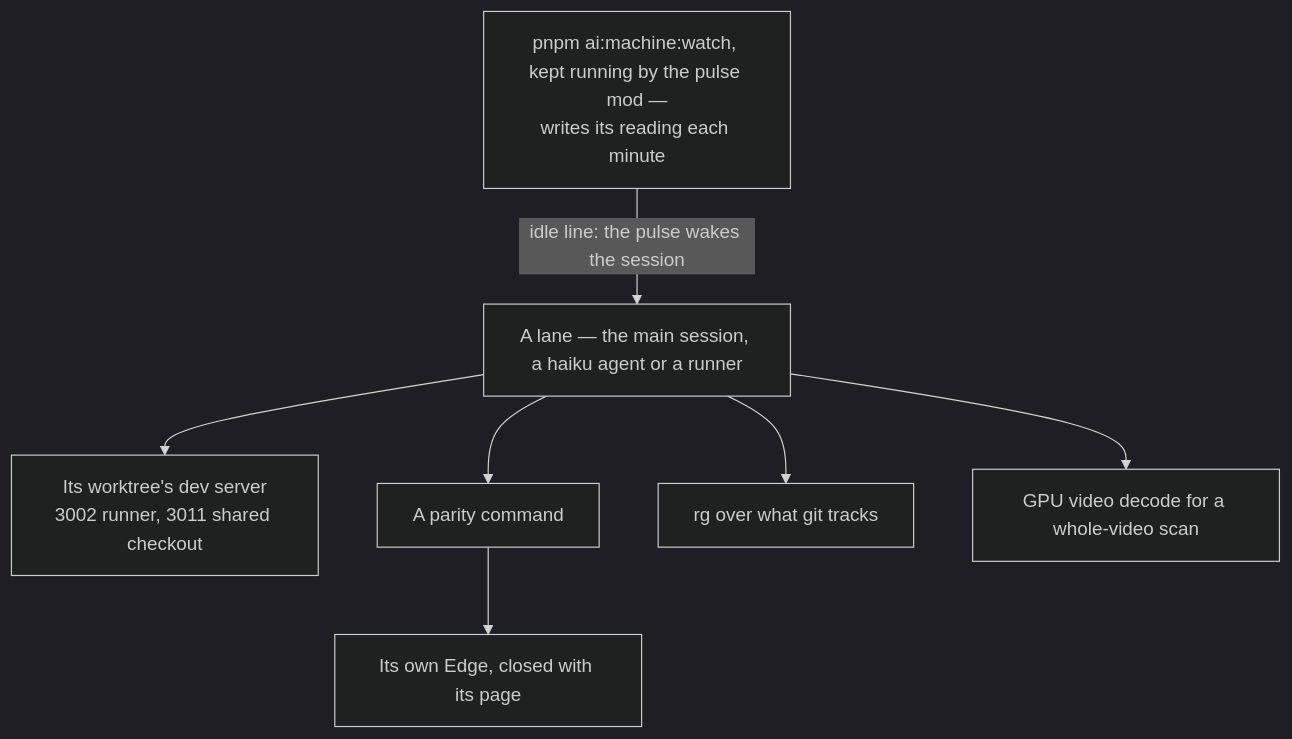
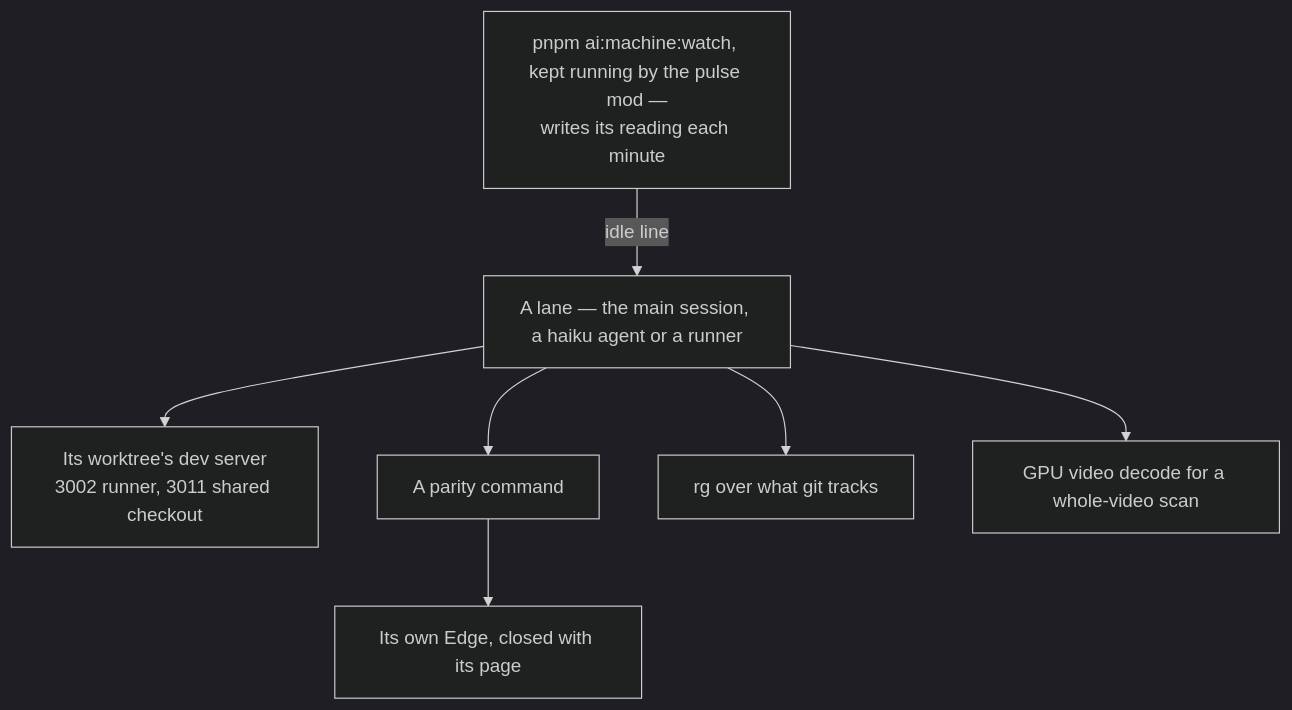
Before and after one commit to Esposter/Esposter: the diagram in apps/web/content/docs/architecture/machine-efficiency.md, drawn with Mermaid (dark theme). The commit also changed other lines of this file and 43 other files, not shown here.

````diff
--- a/apps/web/content/docs/architecture/machine-efficiency.md
+++ b/apps/web/content/docs/architecture/machine-efficiency.md
@@ -20,9 +20,9 @@
 ```mermaid
 flowchart TD
-  W["pnpm ai:machine:watch, kept running by the pulse mod —<br/>writes its reading each minute"] -->|"idle line: the pulse wakes the session"| L
+  W["pnpm ai:machine:watch, kept running by the pulse mod —<br/>writes its reading each minute"] -->|"idle line"| L
   L["A lane — the main session, a haiku agent or a runner"] --> DS["Its worktree's dev server<br/>3002 runner, 3011 shared checkout"]
   L --> CMD["A parity command"]
   CMD --> EDGE["Its own Edge, closed with its page"]
   L --> SEARCH["rg over what git tracks"]
   L --> VIDEO["GPU video decode for a whole-video scan"]
 ```
````
